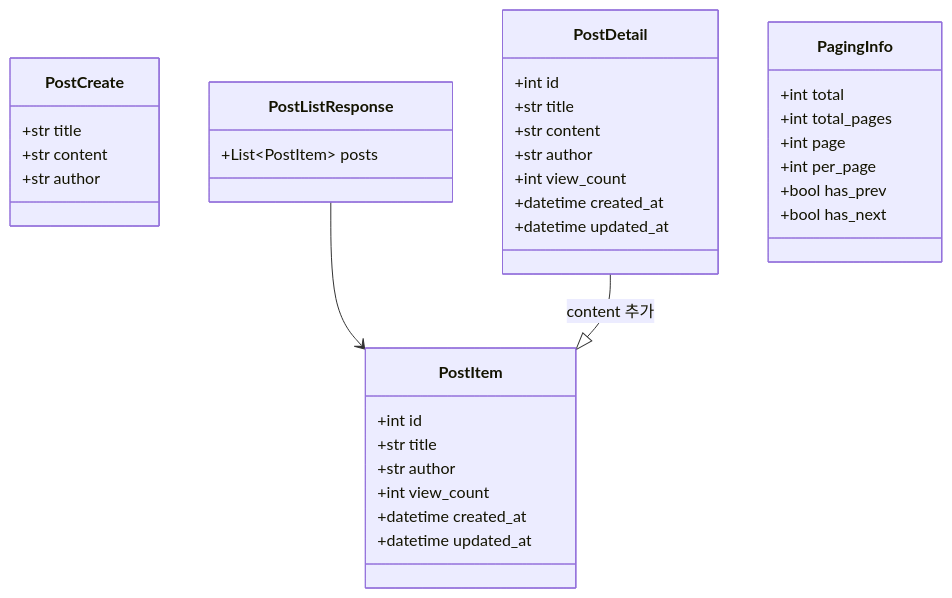
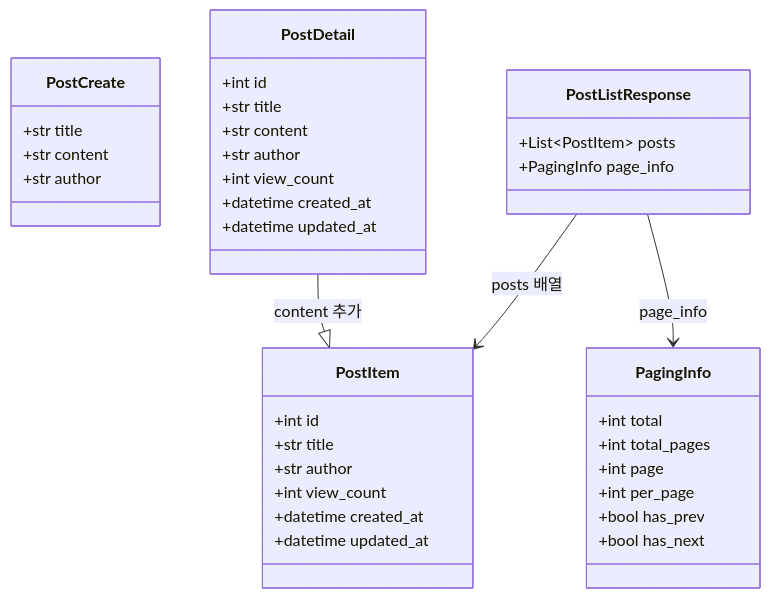
The third of 7 diagrams in STRUCTURE_GUIDE.md (samam0234/post_api), drawn with Mermaid before and after one commit. The commit also changed other lines of this file, not shown here.

````diff
--- a/STRUCTURE_GUIDE.md
+++ b/STRUCTURE_GUIDE.md
@@ -284,39 +287,41 @@
 ```mermaid
 classDiagram
     class PostCreate {
         +str title
         +str content
         +str author
     }
     class PostItem {
         +int id
         +str title
         +str author
         +int view_count
         +datetime created_at
         +datetime updated_at
     }
     class PostDetail {
         +int id
         +str title
         +str content
         +str author
         +int view_count
         +datetime created_at
         +datetime updated_at
     }
-    class PostListResponse {
-        +List~PostItem~ posts
-    }
     class PagingInfo {
         +int total
         +int total_pages
         +int page
         +int per_page
         +bool has_prev
         +bool has_next
     }
+    class PostListResponse {
+        +List~PostItem~ posts
+        +PagingInfo page_info
+    }
 
-    PostListResponse --> PostItem
+    PostListResponse --> PostItem : posts 배열
+    PostListResponse --> PagingInfo : page_info
     PostDetail --|> PostItem : content 추가
 ```
````
